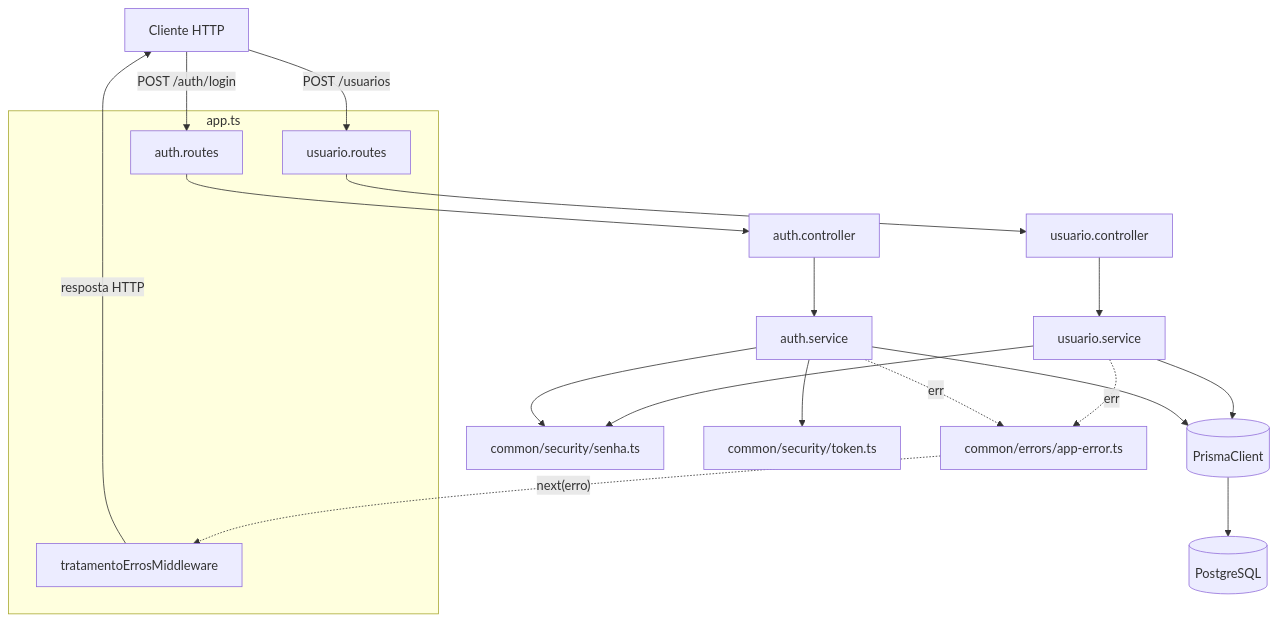
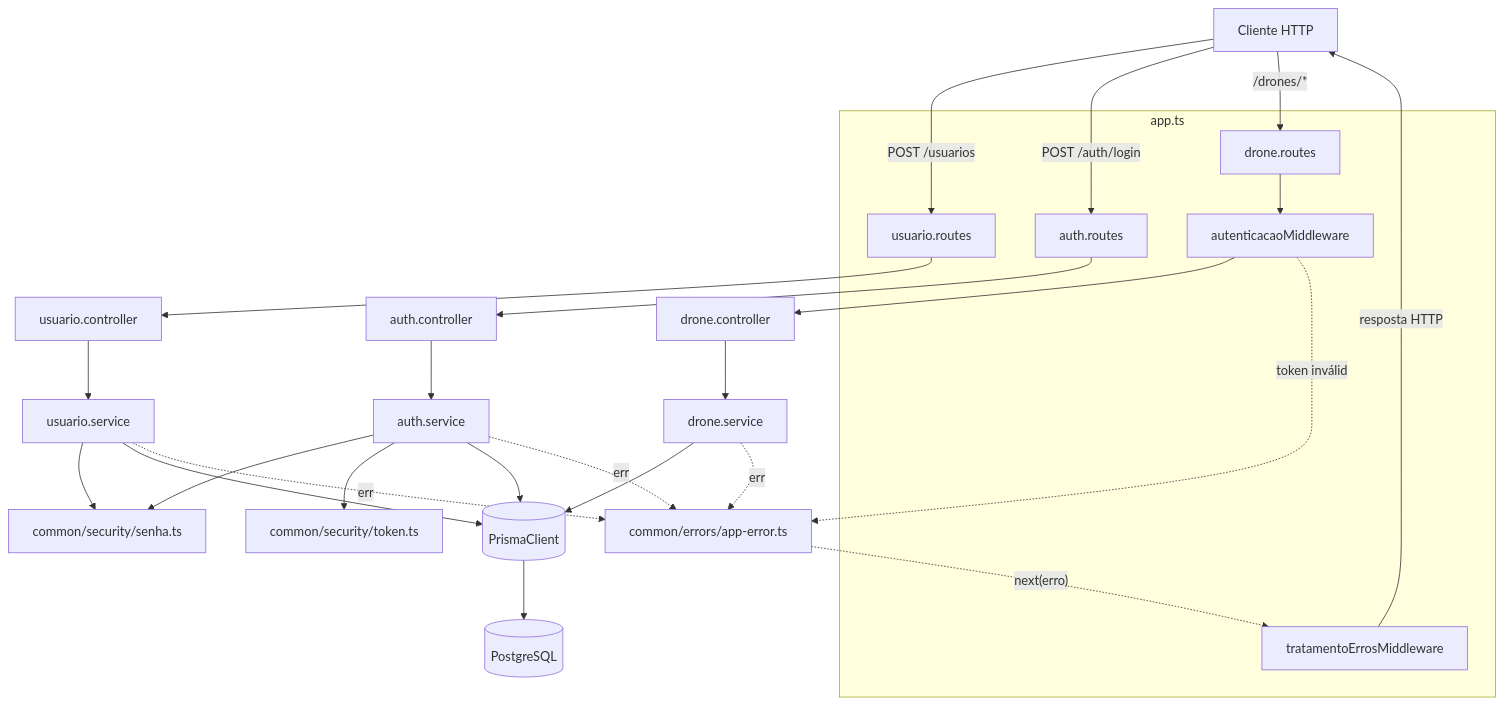
The diagram in docs/architecture/visao-geral.md (hugodanielkj/drone-route-optimization-backend), drawn with Mermaid before and after one commit. The commit also changed other lines of this file and 19 other files, not shown here.

````diff
--- a/docs/architecture/visao-geral.md
+++ b/docs/architecture/visao-geral.md
@@ -34,38 +34,46 @@
 ```mermaid
 graph TD
     Client[Cliente HTTP]
 
     subgraph app.ts
         UsuarioRoutes[usuario.routes]
         AuthRoutes[auth.routes]
+        DroneRoutes[drone.routes]
+        AuthMW[autenticacaoMiddleware]
         ErroMW[tratamentoErrosMiddleware]
     end
 
     UsuarioController[usuario.controller]
     UsuarioService[usuario.service]
     AuthController[auth.controller]
     AuthService[auth.service]
+    DroneController[drone.controller]
+    DroneService[drone.service]
 
     Senha[common/security/senha.ts]
     Token[common/security/token.ts]
     Errors[common/errors/app-error.ts]
 
     Prisma[(PrismaClient)]
     DB[(PostgreSQL)]
 
     Client -->|POST /usuarios| UsuarioRoutes --> UsuarioController --> UsuarioService
     Client -->|POST /auth/login| AuthRoutes --> AuthController --> AuthService
+    Client -->|"/drones/*"| DroneRoutes --> AuthMW --> DroneController --> DroneService
 
     UsuarioService --> Senha
     UsuarioService --> Prisma
     AuthService --> Senha
     AuthService --> Token
     AuthService --> Prisma
+    DroneService --> Prisma
 
     UsuarioService -.erro.-> Errors
     AuthService -.erro.-> Errors
+    DroneService -.erro.-> Errors
+    AuthMW -.token inválido.-> Errors
     Errors -.next(erro).-> ErroMW
     ErroMW -->|resposta HTTP| Client
 
     Prisma --> DB
 ```
````
